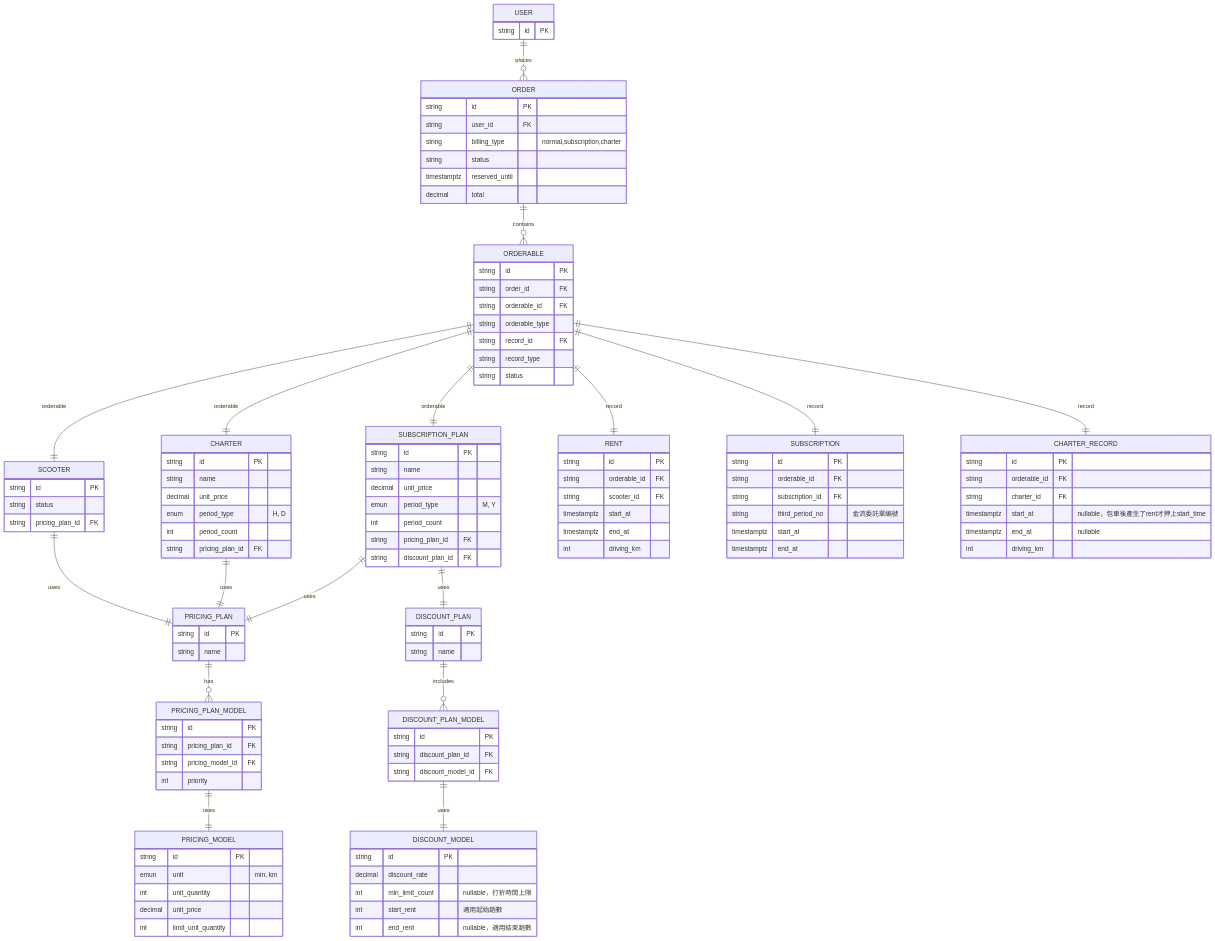
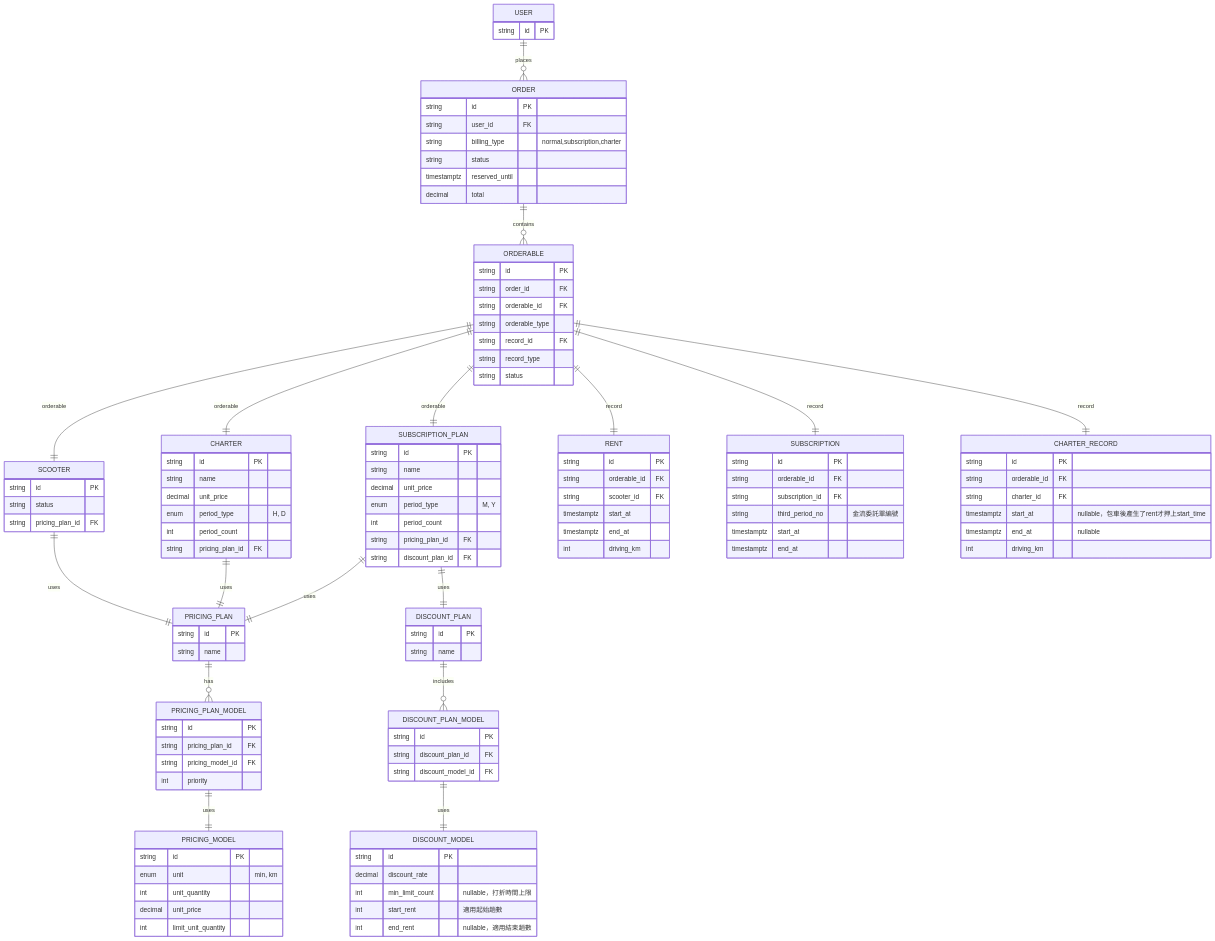
Before and after one commit to wicogohome/vehicle-rental-api: the third of 3 diagrams in README.md, drawn with Mermaid.

Commit message:
fix: wrong spelling

```diff
--- a/README.md
+++ b/README.md
@@ -189,7 +189,7 @@
 
     PRICING_MODEL {
         string id PK
-        emun unit "min, km"
+        enum unit "min, km"
         int unit_quantity
         decimal unit_price
         int limit_unit_quantity
@@ -208,7 +208,7 @@
         string id PK
         string name
         decimal unit_price
-        emun period_type "M, Y"
+        enum period_type "M, Y"
         int period_count
         string pricing_plan_id FK
         string discount_plan_id FK
```
